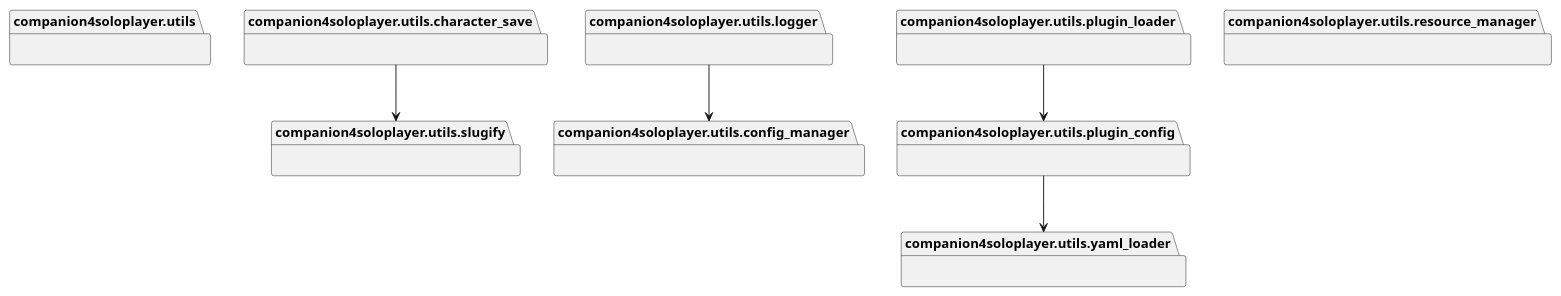
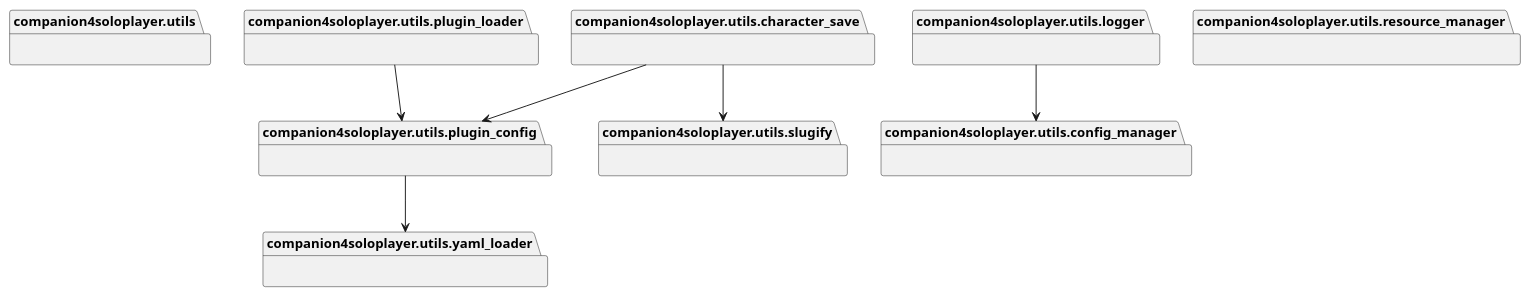
One commit to ultra-sonic-28/companion4soloplayer changed the diagram in docs/assets/diagrams/packages_companion4soloplayer_utils.plantuml. Above: the diagram before and after it, drawn with PlantUML. The commit also changed 3 other files, not shown here.

Commit message:
Correction of the version number in the player character save file

```diff
--- a/docs/assets/diagrams/packages_companion4soloplayer_utils.plantuml
+++ b/docs/assets/diagrams/packages_companion4soloplayer_utils.plantuml
@@ -1,25 +1,26 @@
 @startuml packages_companion4soloplayer_utils
 set namespaceSeparator none
 package "companion4soloplayer.utils" as companion4soloplayer.utils {
 }
 package "companion4soloplayer.utils.character_save" as companion4soloplayer.utils.character_save {
 }
 package "companion4soloplayer.utils.config_manager" as companion4soloplayer.utils.config_manager {
 }
 package "companion4soloplayer.utils.logger" as companion4soloplayer.utils.logger {
 }
 package "companion4soloplayer.utils.plugin_config" as companion4soloplayer.utils.plugin_config {
 }
 package "companion4soloplayer.utils.plugin_loader" as companion4soloplayer.utils.plugin_loader {
 }
 package "companion4soloplayer.utils.resource_manager" as companion4soloplayer.utils.resource_manager {
 }
 package "companion4soloplayer.utils.slugify" as companion4soloplayer.utils.slugify {
 }
 package "companion4soloplayer.utils.yaml_loader" as companion4soloplayer.utils.yaml_loader {
 }
+companion4soloplayer.utils.character_save --> companion4soloplayer.utils.plugin_config
 companion4soloplayer.utils.character_save --> companion4soloplayer.utils.slugify
 companion4soloplayer.utils.logger --> companion4soloplayer.utils.config_manager
 companion4soloplayer.utils.plugin_config --> companion4soloplayer.utils.yaml_loader
 companion4soloplayer.utils.plugin_loader --> companion4soloplayer.utils.plugin_config
 @enduml
```
